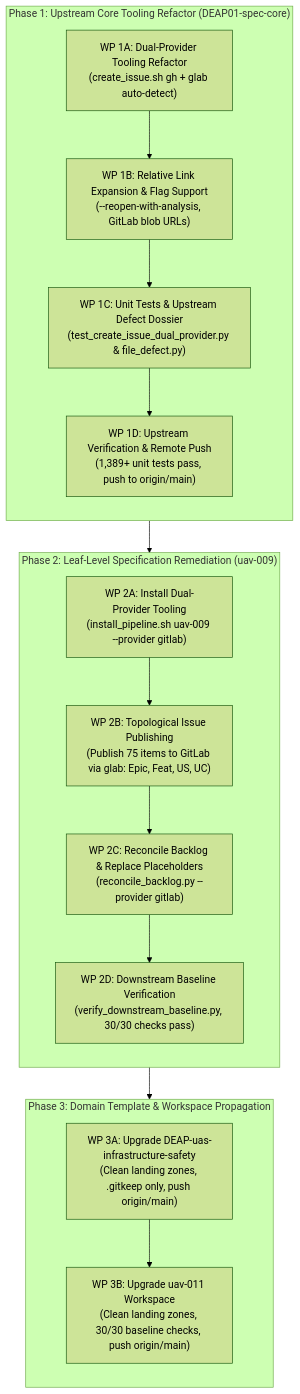
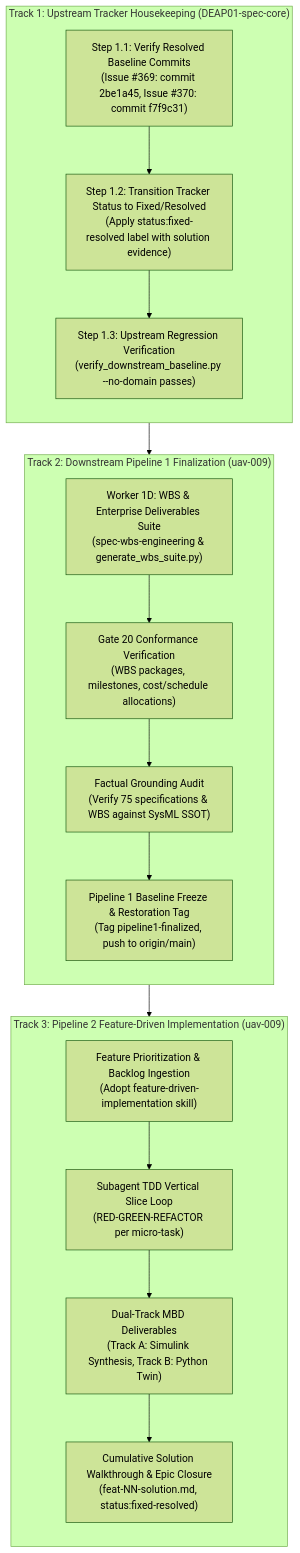
One commit to gintatkinson/DEAP01-spec-core changed the second of 2 diagrams in HANDOFF.md. Above: the diagram before and after it, drawn with Mermaid (forest theme). The commit also changed other lines of this file, not shown here.

Commit message:
docs(handoff): update HANDOFF.md to DEAP-HANDOFF-ROOT-005 (refs #370)

````diff
--- a/HANDOFF.md
+++ b/HANDOFF.md
@@ -154,29 +166,31 @@
 ```mermaid
 flowchart TD
-    subgraph Upstream ["Phase 1: Upstream Core Tooling Refactor (DEAP01-spec-core)"]
+    subgraph Track1 ["Track 1: Upstream Tracker Housekeeping (DEAP01-spec-core)"]
         direction TB
-        WP1A["WP 1A: Dual-Provider Tooling Refactor<br/>(create_issue.sh gh + glab auto-detect)"]
-        WP1B["WP 1B: Relative Link Expansion & Flag Support<br/>(--reopen-with-analysis, GitLab blob URLs)"]
-        WP1C["WP 1C: Unit Tests & Upstream Defect Dossier<br/>(test_create_issue_dual_provider.py & file_defect.py)"]
-        WP1D["WP 1D: Upstream Verification & Remote Push<br/>(1,389+ unit tests pass, push to origin/main)"]
+        T1A["Step 1.1: Verify Resolved Baseline Commits<br/>(Issue #369: commit 2be1a45, Issue #370: commit f7f9c31)"]
+        T1B["Step 1.2: Transition Tracker Status to Fixed/Resolved<br/>(Apply status:fixed-resolved label with solution evidence)"]
+        T1C["Step 1.3: Upstream Regression Verification<br/>(verify_downstream_baseline.py --no-domain passes)"]
+        T1A --> T1B --> T1C
     end
 
-    subgraph Downstream ["Phase 2: Leaf-Level Specification Remediation (uav-009)"]
+    subgraph Track2 ["Track 2: Downstream Pipeline 1 Finalization (uav-009)"]
         direction TB
-        WP2A["WP 2A: Install Dual-Provider Tooling<br/>(install_pipeline.sh uav-009 --provider gitlab)"]
-        WP2B["WP 2B: Topological Issue Publishing<br/>(Publish 75 items to GitLab via glab: Epic, Feat, US, UC)"]
-        WP2C["WP 2C: Reconcile Backlog & Replace Placeholders<br/>(reconcile_backlog.py --provider gitlab)"]
-        WP2D["WP 2D: Downstream Baseline Verification<br/>(verify_downstream_baseline.py, 30/30 checks pass)"]
+        T2A["Worker 1D: WBS & Enterprise Deliverables Suite<br/>(spec-wbs-engineering & generate_wbs_suite.py)"]
+        T2B["Gate 20 Conformance Verification<br/>(WBS packages, milestones, cost/schedule allocations)"]
+        T2C["Factual Grounding Audit<br/>(Verify 75 specifications & WBS against SysML SSOT)"]
+        T2D["Pipeline 1 Baseline Freeze & Restoration Tag<br/>(Tag pipeline1-finalized, push to origin/main)"]
+        T2A --> T2B --> T2C --> T2D
     end
 
-    subgraph Propagation ["Phase 3: Domain Template & Workspace Propagation"]
+    subgraph Track3 ["Track 3: Pipeline 2 Feature-Driven Implementation (uav-009)"]
         direction TB
-        WP3A["WP 3A: Upgrade DEAP-uas-infrastructure-safety<br/>(Clean landing zones, .gitkeep only, push origin/main)"]
-        WP3B["WP 3B: Upgrade uav-011 Workspace<br/>(Clean landing zones, 30/30 baseline checks, push origin/main)"]
+        T3A["Feature Prioritization & Backlog Ingestion<br/>(Adopt feature-driven-implementation skill)"]
+        T3B["Subagent TDD Vertical Slice Loop<br/>(RED-GREEN-REFACTOR per micro-task)"]
+        T3C["Dual-Track MBD Deliverables<br/>(Track A: Simulink Synthesis, Track B: Python Twin)"]
+        T3D["Cumulative Solution Walkthrough & Epic Closure<br/>(feat-NN-solution.md, status:fixed-resolved)"]
+        T3A --> T3B --> T3C --> T3D
     end
 
-    WP1A --> WP1B --> WP1C --> WP1D
-    WP1D --> WP2A
-    WP2A --> WP2B --> WP2C --> WP2D
-    WP2D --> WP3A --> WP3B
+    T1C --> T2A
+    T2D --> T3A
 ```
````
